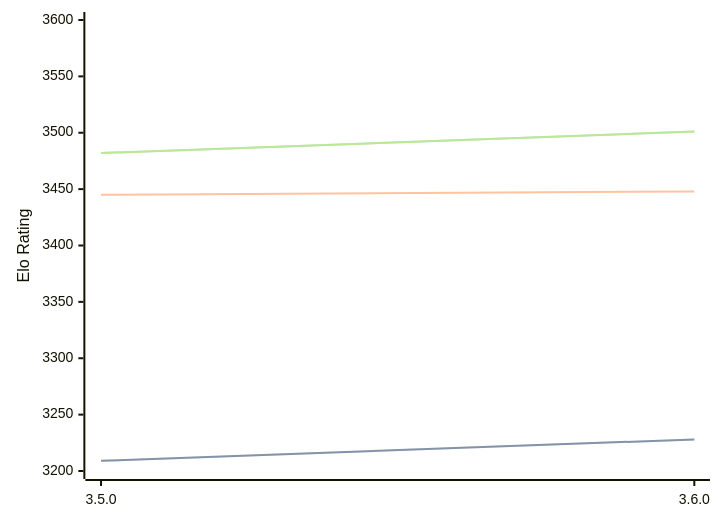
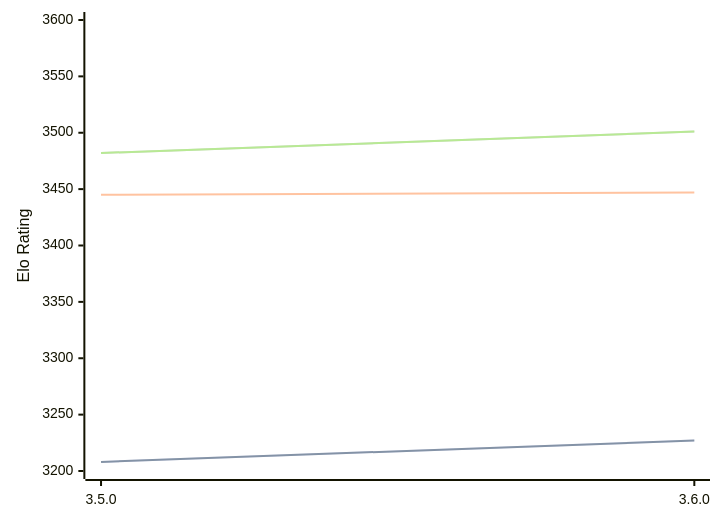
The diagram in engines/Igel.md (computer-chess-index/cci), drawn with Mermaid before and after one commit. The commit also changed other lines of this file, not shown here.

Commit message:
Update CCI Ratings (ELO VLTC) - 2026-03-04

````diff
--- a/engines/Igel.md
+++ b/engines/Igel.md
@@ -66,11 +66,11 @@
 ```mermaid
 %%{init: {"theme":"base","themeVariables":{"seriesColors:['#a3a3a3','#222221','#faa371']}}}%%
 xychart-beta
   x-axis ["3.5.0", "3.6.0"]
   y-axis "Elo Rating" 3200 --> 3600
-  line "STC (8.0+0.08s)" [3209, 3228]
-  line "STC (8.0+0.08s)" [3209, 3228]
-  line "LTC (60.0+0.60s)" [3445, 3448]
+  line "STC (8.0+0.08s)" [3208, 3227]
+  line "STC (8.0+0.08s)" [3208, 3227]
+  line "LTC (60.0+0.60s)" [3445, 3447]
   line "VLTC (2m24s+1.12s)" [3482, 3501]
   line "VLTC (2m24s+1.12s)" [3482, 3501]
 ```
````
